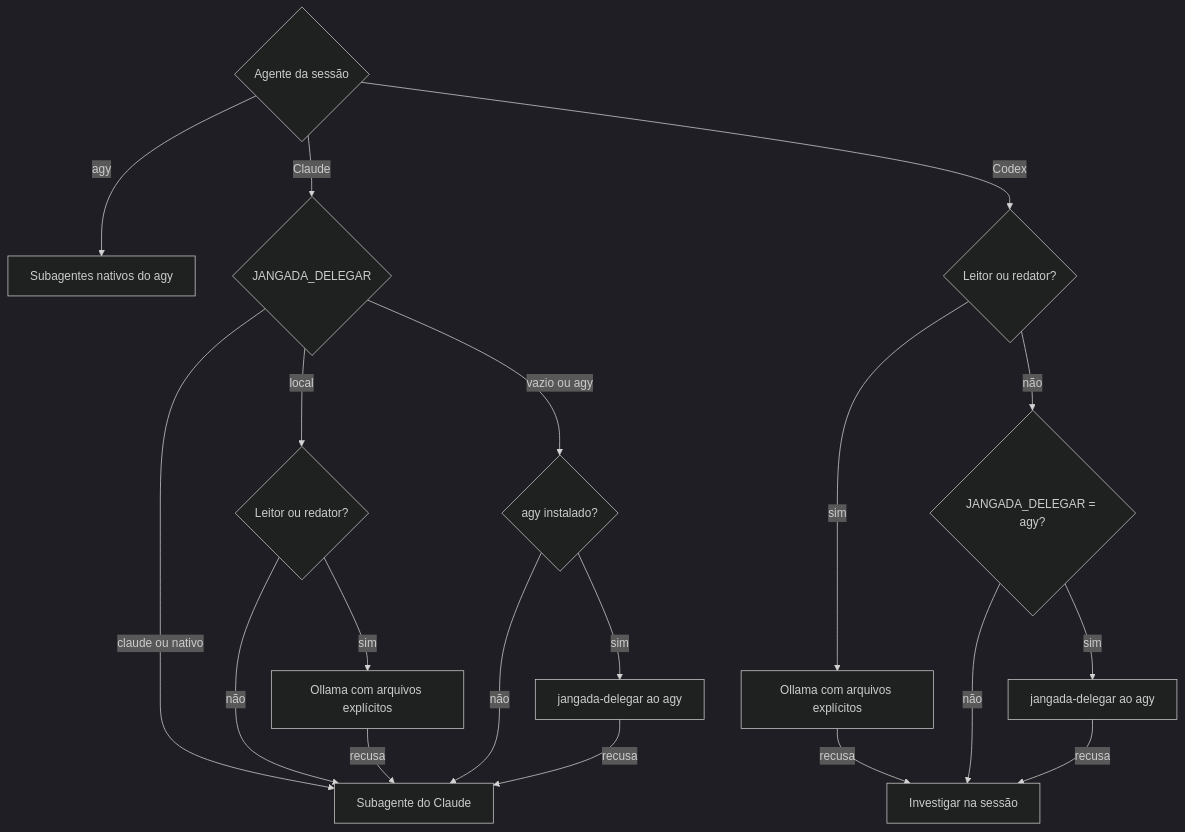
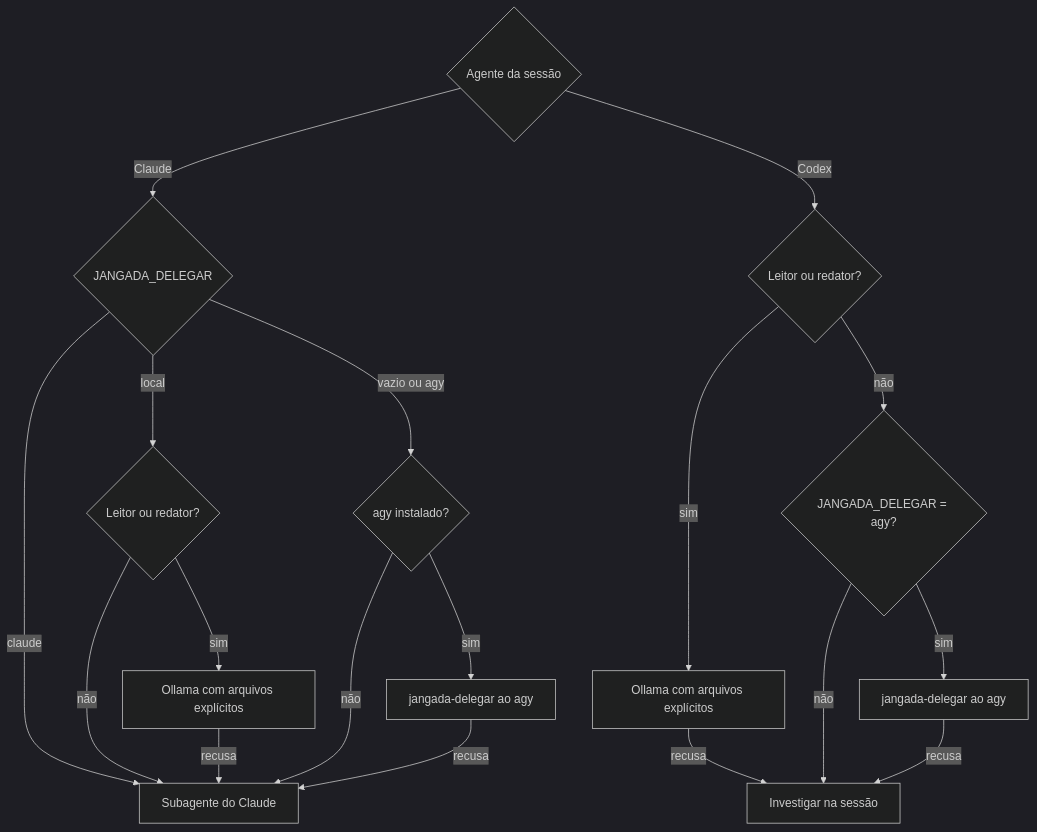
The second of 4 diagrams in docs/subagentes-e-delegacao.md (felipintoslv/jangada), drawn with Mermaid (dark theme) before and after one commit. The commit also changed other lines of this file and 6 other files, not shown here.

````diff
--- a/docs/subagentes-e-delegacao.md
+++ b/docs/subagentes-e-delegacao.md
@@ -64,21 +68,20 @@
 ```mermaid
 flowchart TD
-    A{Agente da sessão} -- agy --> N[Subagentes nativos do agy]
-    A -- Claude --> C{JANGADA_DELEGAR}
-    C -- claude ou nativo --> CL[Subagente do Claude]
+    A{Agente da sessão} -- Claude --> C{JANGADA_DELEGAR}
+    C -- claude --> CL[Subagente do Claude]
     C -- local --> L{Leitor ou redator?}
     L -- sim --> OL[Ollama com arquivos explícitos]
     L -- não --> CL
     OL -- recusa --> CL
     C -- vazio ou agy --> G{agy instalado?}
     G -- não --> CL
     G -- sim --> AG[jangada-delegar ao agy]
     AG -- recusa --> CL
     A -- Codex --> X{Leitor ou redator?}
     X -- sim --> XL[Ollama com arquivos explícitos]
     XL -- recusa --> S[Investigar na sessão]
     X -- não --> D{JANGADA_DELEGAR = agy?}
     D -- não --> S
     D -- sim --> XA[jangada-delegar ao agy]
     XA -- recusa --> S
 ```
````
